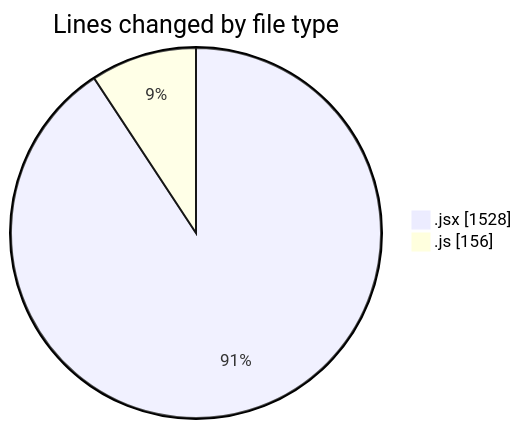
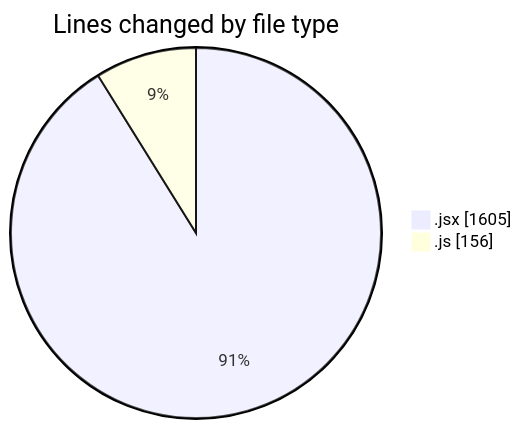
One commit to nxtqubesakshisongat/code-tracking changed the first of 2 diagrams in 2025-05-22/nxtqube_webapp/README.md. Above: the diagram before and after it, drawn with Mermaid. The commit also changed other lines of this file and 1 other file, not shown here.

````diff
--- a/2025-05-22/nxtqube_webapp/README.md
+++ b/2025-05-22/nxtqube_webapp/README.md
@@ -21,6 +21,6 @@
 ```mermaid
 pie showData
 title Lines changed by file type
-".jsx" : 1528
+".jsx" : 1605
 ".js" : 156
 ```
````
